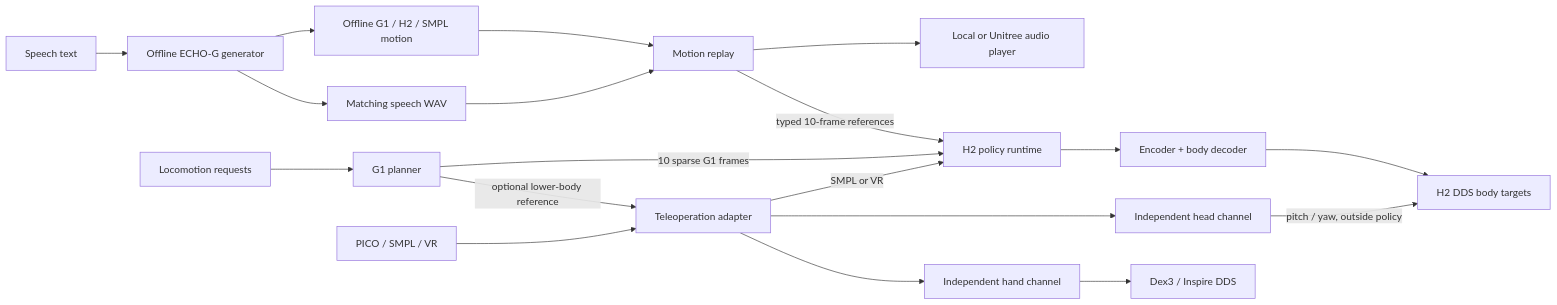
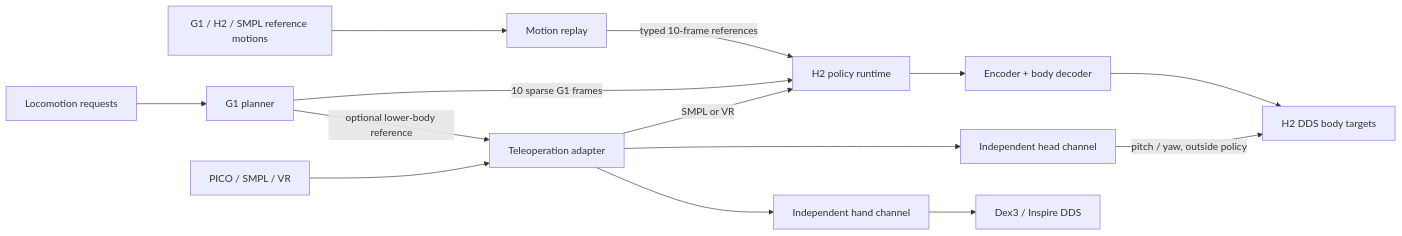
One commit to QinnyuLan/SONIC_unitree_h2 changed the diagram in docs/ARCHITECTURE.md. Above: the diagram before and after it, drawn with Mermaid. The commit also changed other lines of this file and 71 other files, not shown here.

````diff
--- a/docs/ARCHITECTURE.md
+++ b/docs/ARCHITECTURE.md
@@ -7,21 +7,16 @@
 ```mermaid
 flowchart LR
-  X[Speech text] --> G[Offline ECHO-G generator]
-  G --> R[Offline G1 / H2 / SMPL motion]
-  G --> A[Matching speech WAV]
-  R --> M[Motion replay]
-  A --> M
-  M --> S[Local or Unitree audio player]
+  R[G1 / H2 / SMPL reference motions] --> M[Motion replay]
   J[Locomotion requests] --> P[G1 planner]
   M -->|typed 10-frame references| B[H2 policy runtime]
   P -->|10 sparse G1 frames| B
   V[PICO / SMPL / VR] --> T[Teleoperation adapter]
   P -->|optional lower-body reference| T
   T -->|SMPL or VR| B
   B --> E[Encoder + body decoder]
   E --> D[H2 DDS body targets]
   T --> H[Independent head channel]
   T --> F[Independent hand channel]
   H -->|pitch / yaw, outside policy| D
   F --> K[Dex3 / Inspire DDS]
 ```
````
